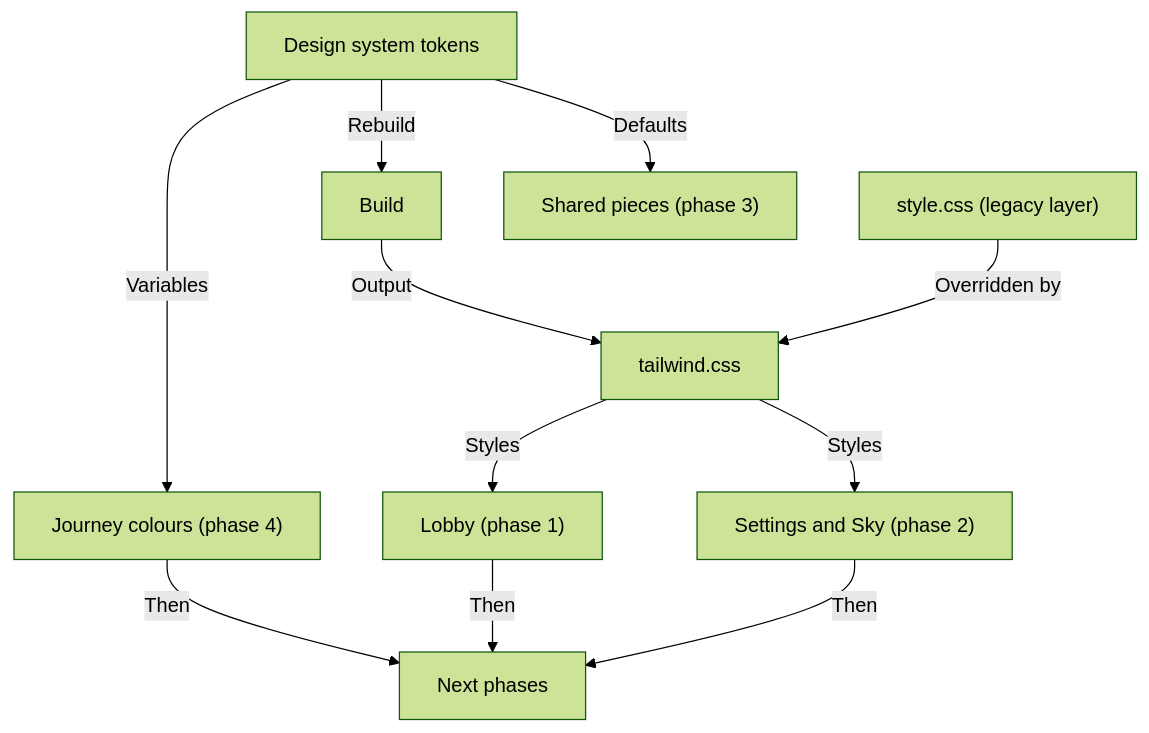
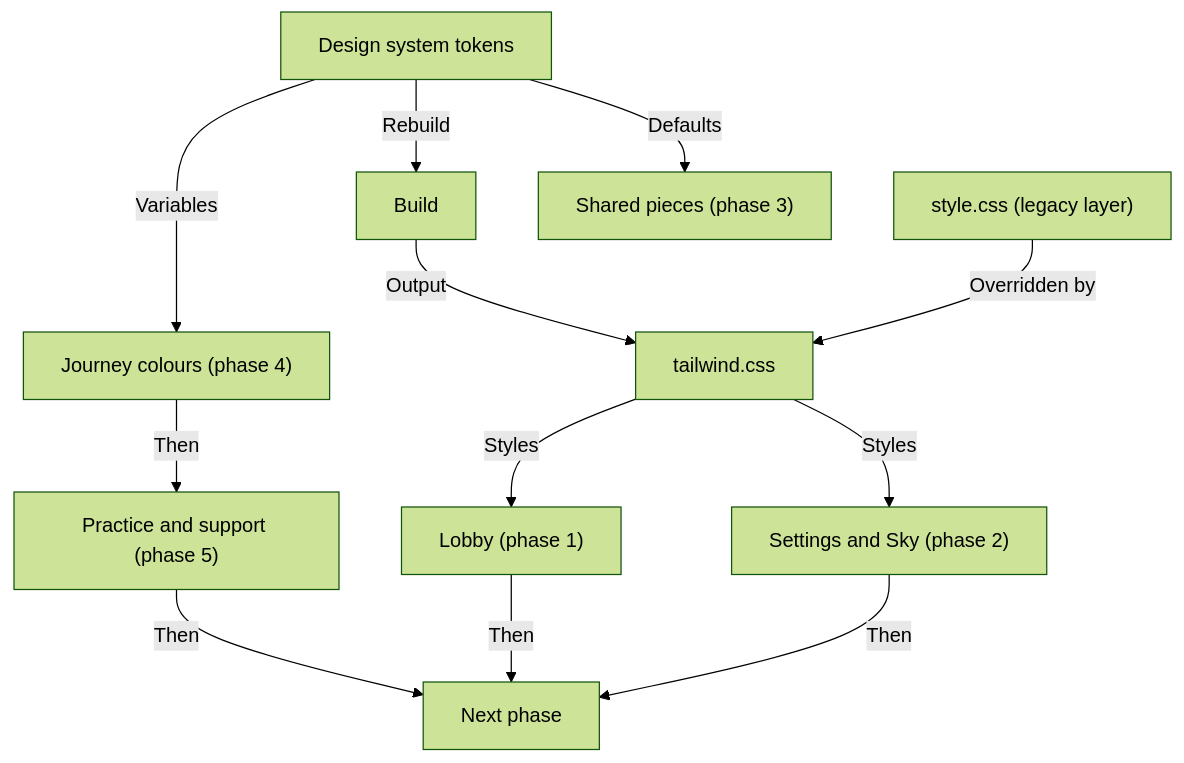
Before and after one commit to missionode/lite: diagram 51 of 55 in docs/app-map/FLOW-REFERENCE.md, drawn with Mermaid (forest theme). The commit also changed other lines of this file and 22 other files, not shown here.

First line of the commit message:
feat(css): Tailwind phase 5 - practice and support screens on the design system

````diff
--- a/docs/app-map/FLOW-REFERENCE.md
+++ b/docs/app-map/FLOW-REFERENCE.md
@@ -2359,22 +2359,24 @@
 ```mermaid
 flowchart TD
   tokens["Design system tokens"]
   build["Build"]
   legacy["style.css (legacy layer)"]
   tw["tailwind.css"]
   lobby["Lobby (phase 1)"]
   settings["Settings and Sky (phase 2)"]
   shared["Shared pieces (phase 3)"]
   journey["Journey colours (phase 4)"]
-  next["Next phases"]
+  support["Practice and support (phase 5)"]
+  next["Next phase"]
   tokens -->|"Rebuild"| build
   build -->|"Output"| tw
   legacy -->|"Overridden by"| tw
   tw -->|"Styles"| lobby
   tw -->|"Styles"| settings
   tokens -->|"Defaults"| shared
   tokens -->|"Variables"| journey
-  journey -->|"Then"| next
+  journey -->|"Then"| support
+  support -->|"Then"| next
   lobby -->|"Then"| next
   settings -->|"Then"| next
 ```
````
